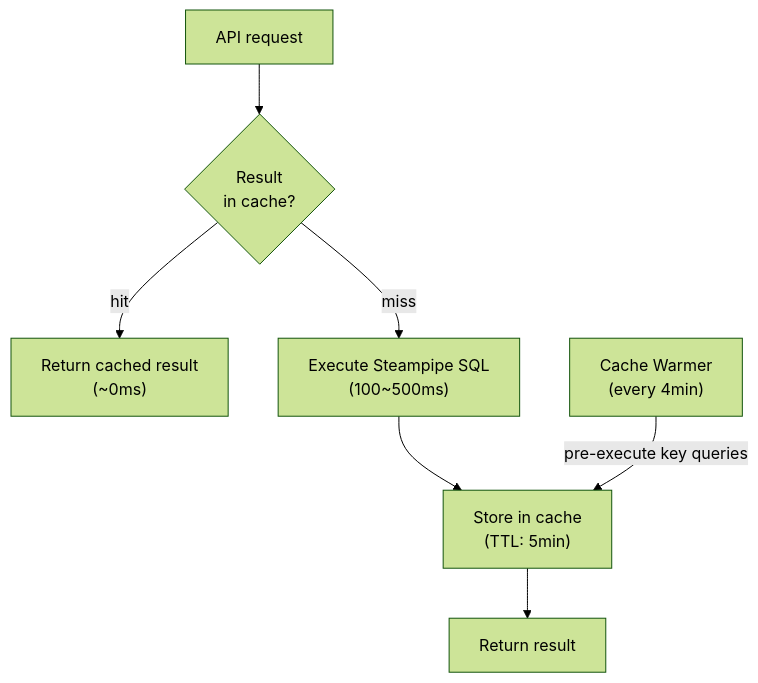
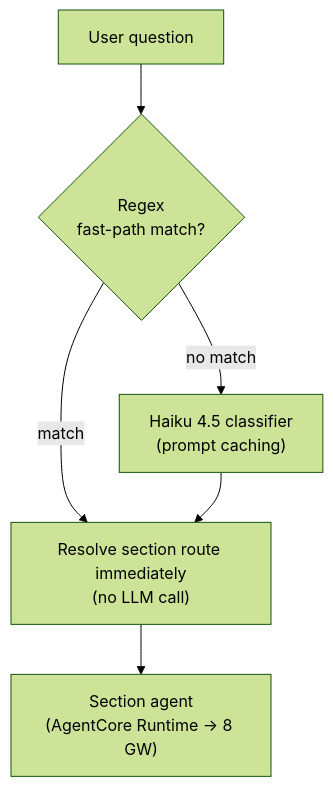
One commit to Atom-oh/awsops changed the third of 4 diagrams in docs-site/i18n/en/docusaurus-plugin-content-docs/current/faq/architecture.md. Above: the diagram before and after it, drawn with Mermaid (forest theme). The commit also changed other lines of this file and 14 other files, not shown here.

````diff
--- a/docs-site/i18n/en/docusaurus-plugin-content-docs/current/faq/architecture.md
+++ b/docs-site/i18n/en/docusaurus-plugin-content-docs/current/faq/architecture.md
@@ -666,10 +127,8 @@
 ```mermaid
 flowchart TD
-  REQ["API request"] --> CHECK{"Result<br/>in cache?"}
-  CHECK -->|"hit"| RET["Return cached result<br/>(~0ms)"]
-  CHECK -->|"miss"| QUERY["Execute Steampipe SQL<br/>(100~500ms)"]
-  QUERY --> SAVE["Store in cache<br/>(TTL: 5min)"]
-  SAVE --> RET2["Return result"]
-
-  WARM["Cache Warmer<br/>(every 4min)"] -->|"pre-execute key queries"| SAVE
+  Q["User question"] --> REGEX{"Regex<br/>fast-path match?"}
+  REGEX -->|"match"| ROUTE["Resolve section route immediately<br/>(no LLM call)"]
+  REGEX -->|"no match"| HAIKU["Haiku 4.5 classifier<br/>(prompt caching)"]
+  HAIKU --> ROUTE
+  ROUTE --> AGENT["Section agent<br/>(AgentCore Runtime → 8 GW)"]
 ```
````
